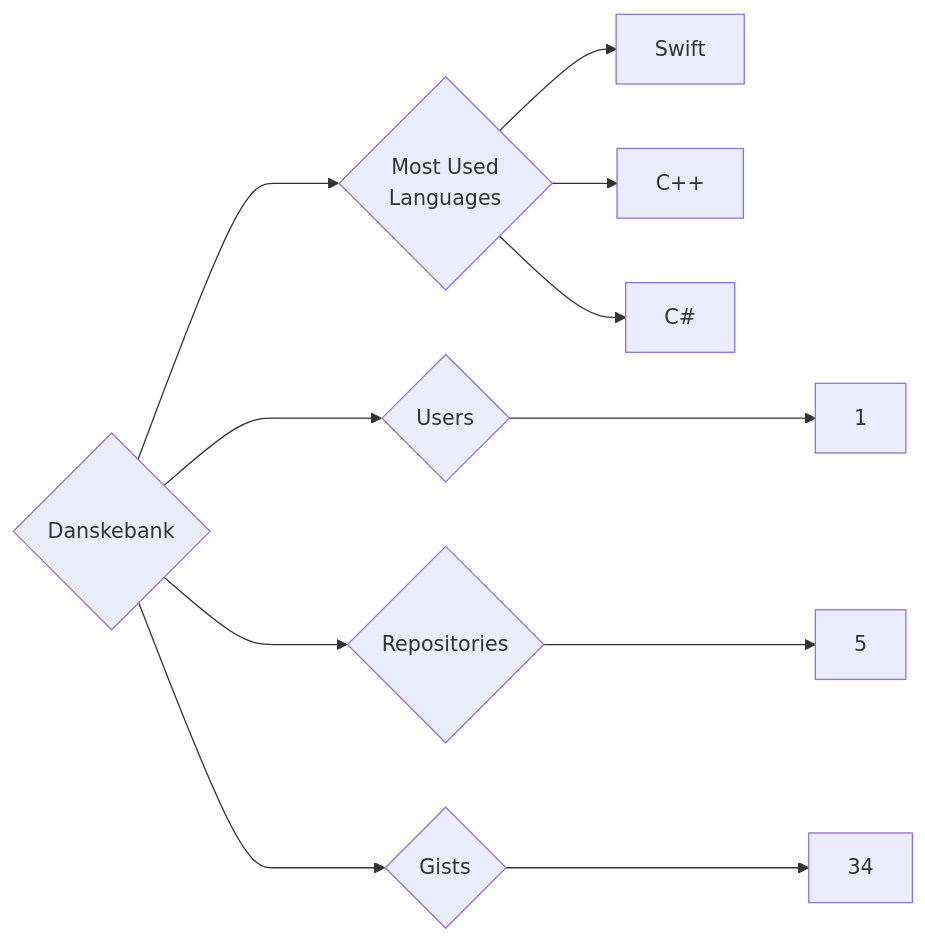
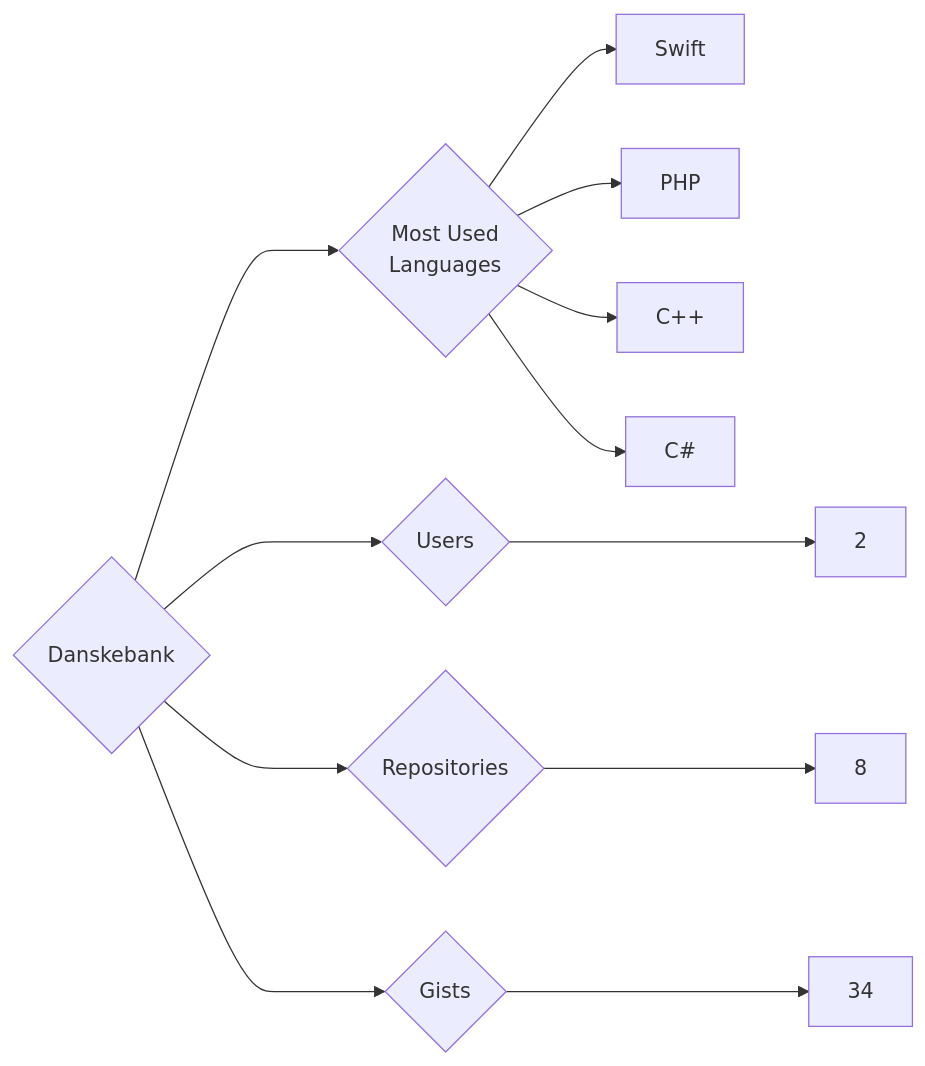
One commit to trickest/insiders changed the diagram in targets/Danskebank/README.md. Above: the diagram before and after it, drawn with Mermaid. The commit also changed 1149 other files, not shown here.

````diff
--- a/targets/Danskebank/README.md
+++ b/targets/Danskebank/README.md
@@ -3,11 +3,12 @@
 ```mermaid
 graph LR
 COMPANY_NAME{Danskebank}
-COMPANY_NAME ---> U{Users} ---> UN[1]
-COMPANY_NAME ---> R{Repositories} ---> RN[5]
+COMPANY_NAME ---> U{Users} ---> UN[2]
+COMPANY_NAME ---> R{Repositories} ---> RN[8]
 COMPANY_NAME ---> G{Gists} ---> GN[34]
 COMPANY_NAME ---> ML{Most Used<br>Languages}
 ML --> Swift[Swift]
+ML --> PHP[PHP]
 ML --> C++[C++]
 ML --> C#[C#]
 ```
````
